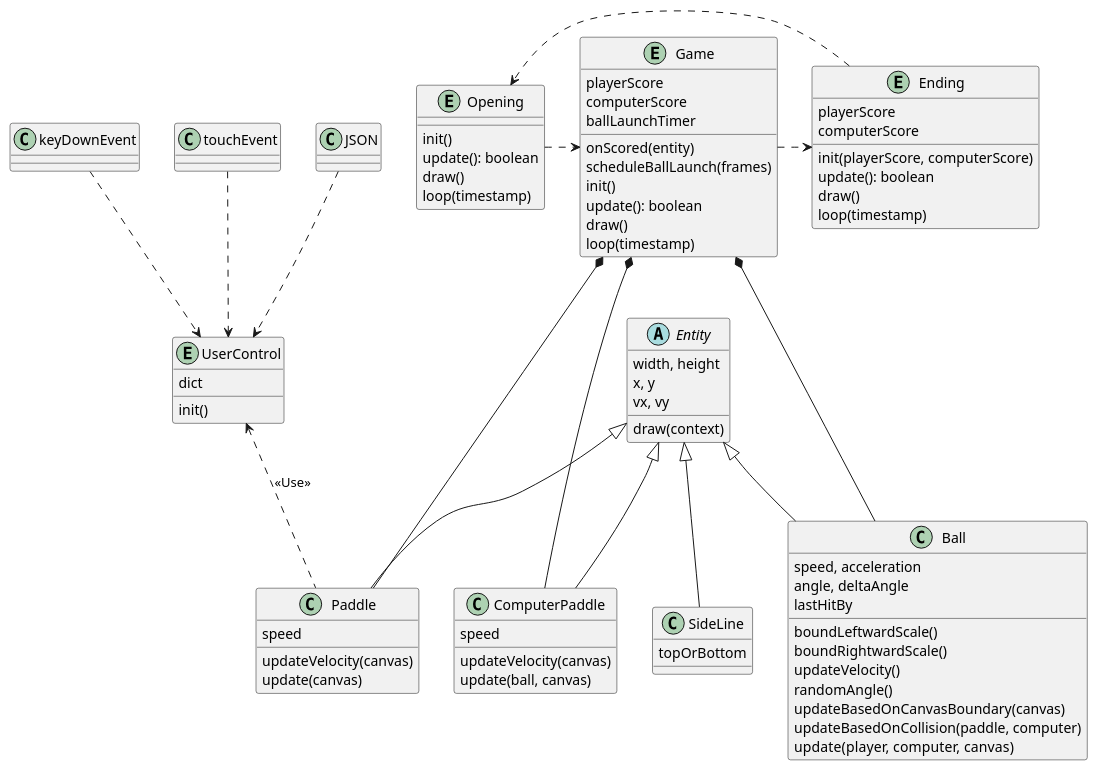
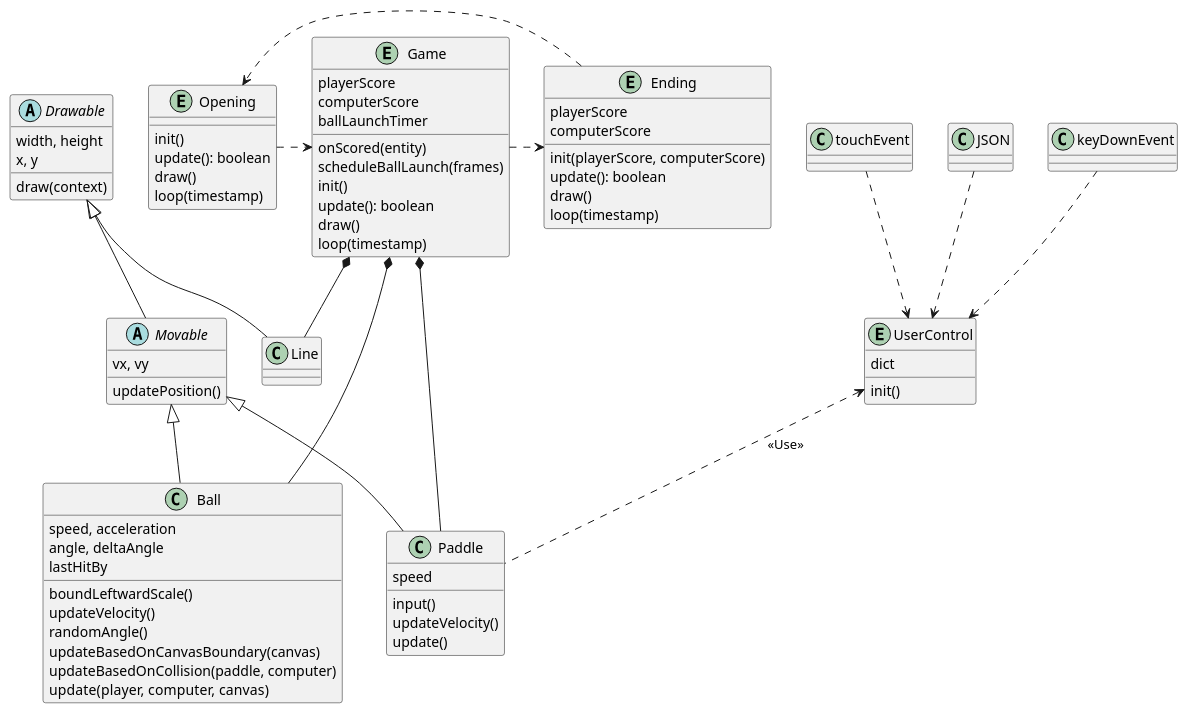
Before and after one commit to uztbt/pong: the diagram in document/uml/class.plantuml, drawn with PlantUML. The commit also changed 5 other files, not shown here.

Commit message:
Update the class diagram

```diff
--- a/document/uml/class.plantuml
+++ b/document/uml/class.plantuml
@@ -1,109 +1,108 @@
-@startuml
+@startuml Pong
 
 ' class index {
 '   userInput
 ' }
 
 ' note bottom of index
 ' Connected to
 ' window.addEventListener()
 ' end note
 
 ' class config {
 
 ' }
 
 ' enum Players {
 '   PLAYER
 '   COMPUTER
 ' }
 
 Entity UserControl {
   dict
   init()
 }
 
 entity Opening {
   init()
   update(): boolean
   draw()
   loop(timestamp)
 }
 
 entity Game {
   playerScore
   computerScore
   ballLaunchTimer
   onScored(entity)
   scheduleBallLaunch(frames)
   init()
   update(): boolean
   draw()
   loop(timestamp)
 }
 
 class Paddle {
   speed
-  updateVelocity(canvas)
-  update(canvas)
-}
-
-class ComputerPaddle {
-  speed
-  updateVelocity(canvas)
-  update(ball, canvas)
+  input()
+  updateVelocity()
+  update()
 }
 
 class Ball {
   speed, acceleration
   angle, deltaAngle
   lastHitBy
   boundLeftwardScale()
-  boundRightwardScale()
+  ' boundRightwardScale()
   updateVelocity()
   randomAngle()
   ' flipHorizontally()
   ' boundByCollision(paddle)
   updateBasedOnCanvasBoundary(canvas)
   updateBasedOnCollision(paddle, computer)
   update(player, computer, canvas)
 }
 
-class SideLine {
-  topOrBottom
+class Line {
 }
 
 entity Ending {
   playerScore
   computerScore
   init(playerScore, computerScore)
   update(): boolean
   draw()
   loop(timestamp)
 }
 
-abstract Entity {
+abstract Drawable {
   width, height
   x, y
+  draw(context)
+}
+
+abstract Movable {
   vx, vy
-  draw(context)
+  updatePosition()
 }
 
 Opening .> Game
 Game .> Ending
 Ending .> Opening
 
 Game *--- Paddle
-Game *--- ComputerPaddle
 Game *--- Ball
+Game *-- Line
 
-Entity <|-- Paddle
-Entity <|-- ComputerPaddle
-Entity <|-- SideLine
-Entity <|-- Ball
+Drawable <|-- Movable
+Drawable <|-- Line
+
+Movable <|-- Paddle
+Movable <|-- Ball
 
 UserControl <.. Paddle: <<Use>>
 JSON ..> UserControl 
 keyDownEvent ..> UserControl
 touchEvent ..> UserControl
 @enduml
```
